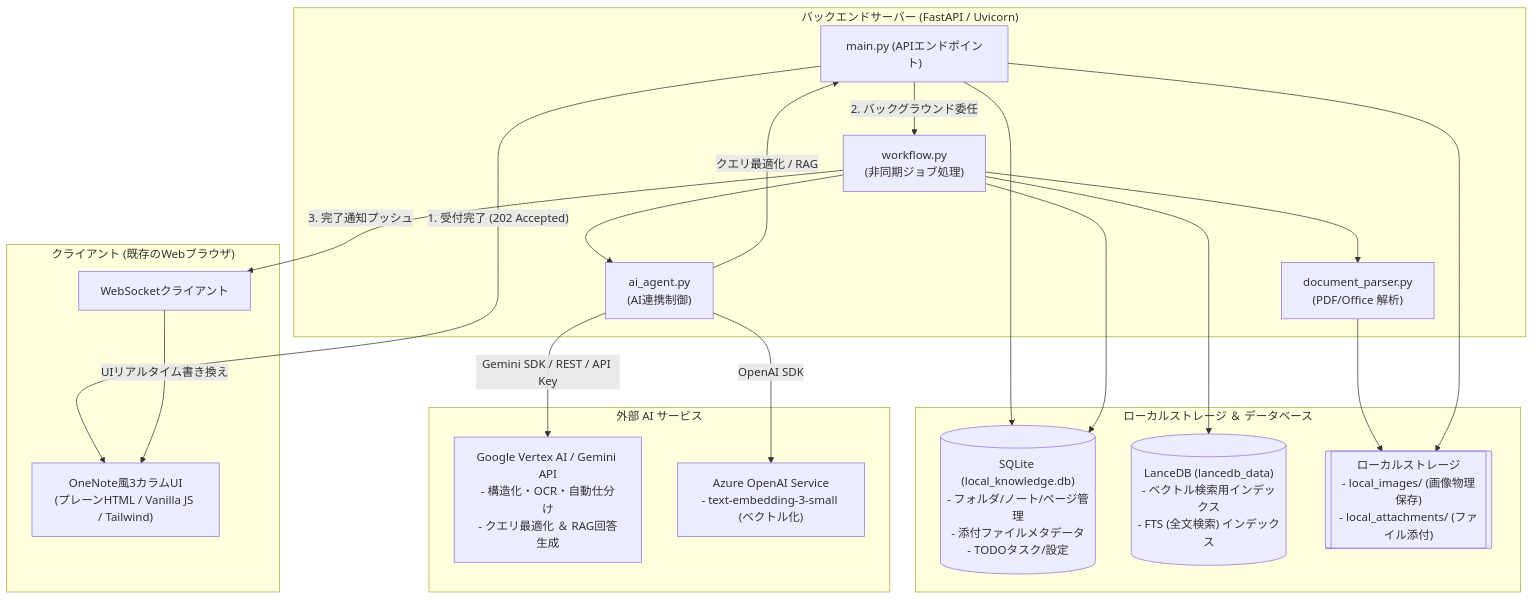
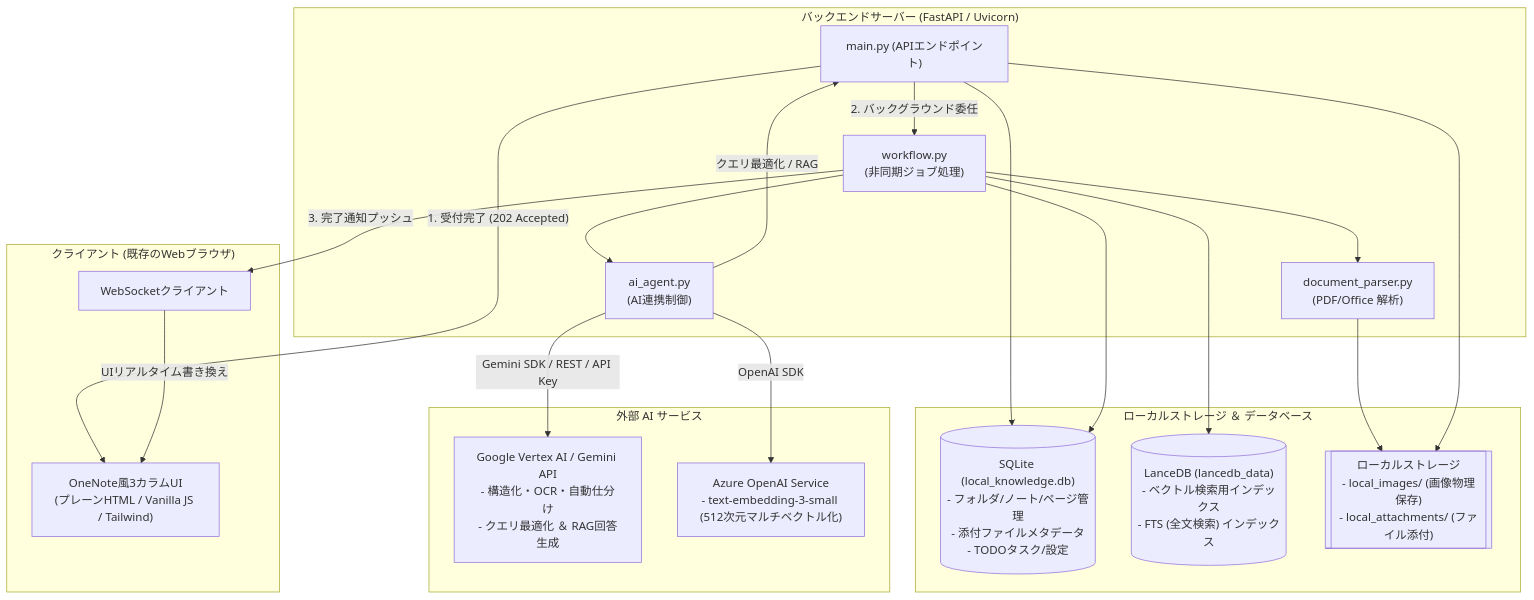
The first of 2 diagrams in README.md (yoichi-1984/MY-AI-Notebook), drawn with Mermaid before and after one commit. The commit also changed other lines of this file and 3 other files, not shown here.

````diff
--- a/README.md
+++ b/README.md
@@ -57,48 +64,48 @@
 ```mermaid
 graph TD
     %% クライアントとフロントエンド
     subgraph Client ["クライアント (既存のWebブラウザ)"]
         UI["OneNote風3カラムUI<br/>(プレーンHTML / Vanilla JS / Tailwind)"]
         WS["WebSocketクライアント"]
     end
 
     %% バックエンド層
     subgraph Backend ["バックエンドサーバー (FastAPI / Uvicorn)"]
         Main["main.py (APIエンドポイント)"]
         Parser["document_parser.py<br/>(PDF/Office 解析)"]
         Workflow["workflow.py<br/>(非同期ジョブ処理)"]
         Agent["ai_agent.py<br/>(AI連携制御)"]
         
         Main -->|"1. 受付完了 (202 Accepted)"| UI
         Main -->|2. バックグラウンド委任| Workflow
         Workflow --> Parser
         Workflow --> Agent
         Agent -->|クエリ最適化 / RAG| Main
     end
 
     %% データベース層
     subgraph DB ["ローカルストレージ ＆ データベース"]
         SQLite[("SQLite (local_knowledge.db)<br/>- フォルダ/ノート/ページ管理<br/>- 添付ファイルメタデータ<br/>- TODOタスク/設定")]
         LanceDB[("LanceDB (lancedb_data)<br/>- ベクトル検索用インデックス<br/>- FTS (全文検索) インデックス")]
         FileStore[["ローカルストレージ<br/>- local_images/ (画像物理保存)<br/>- local_attachments/ (ファイル添付)"]]
         
         Main --> SQLite
         Workflow --> SQLite
         Workflow --> LanceDB
         Parser --> FileStore
         Main --> FileStore
     end
 
     %% 外部連携層
     subgraph ExternalAPI ["外部 AI サービス"]
         Gemini["Google Vertex AI / Gemini API<br/>- 構造化・OCR・自動仕分け<br/>- クエリ最適化 ＆ RAG回答生成"]
-        OpenAI["Azure OpenAI Service<br/>- text-embedding-3-small (ベクトル化)"]
+        OpenAI["Azure OpenAI Service<br/>- text-embedding-3-small (512次元マルチベクトル化)"]
     end
 
     Agent -->|Gemini SDK / REST / API Key| Gemini
     Agent -->|OpenAI SDK| OpenAI
     
     %% WebSocketリアルタイム同期
     Workflow -->|3. 完了通知プッシュ| WS
     WS -->|UIリアルタイム書き換え| UI
 ```
````
